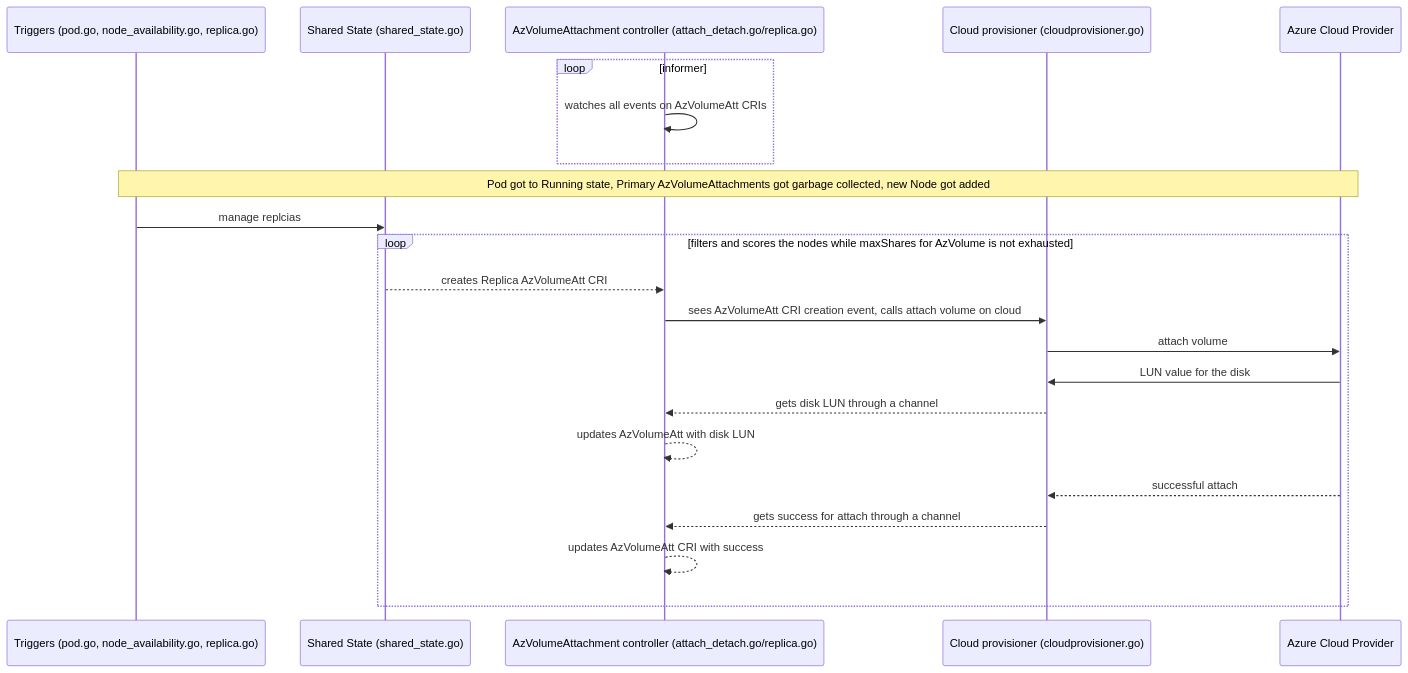
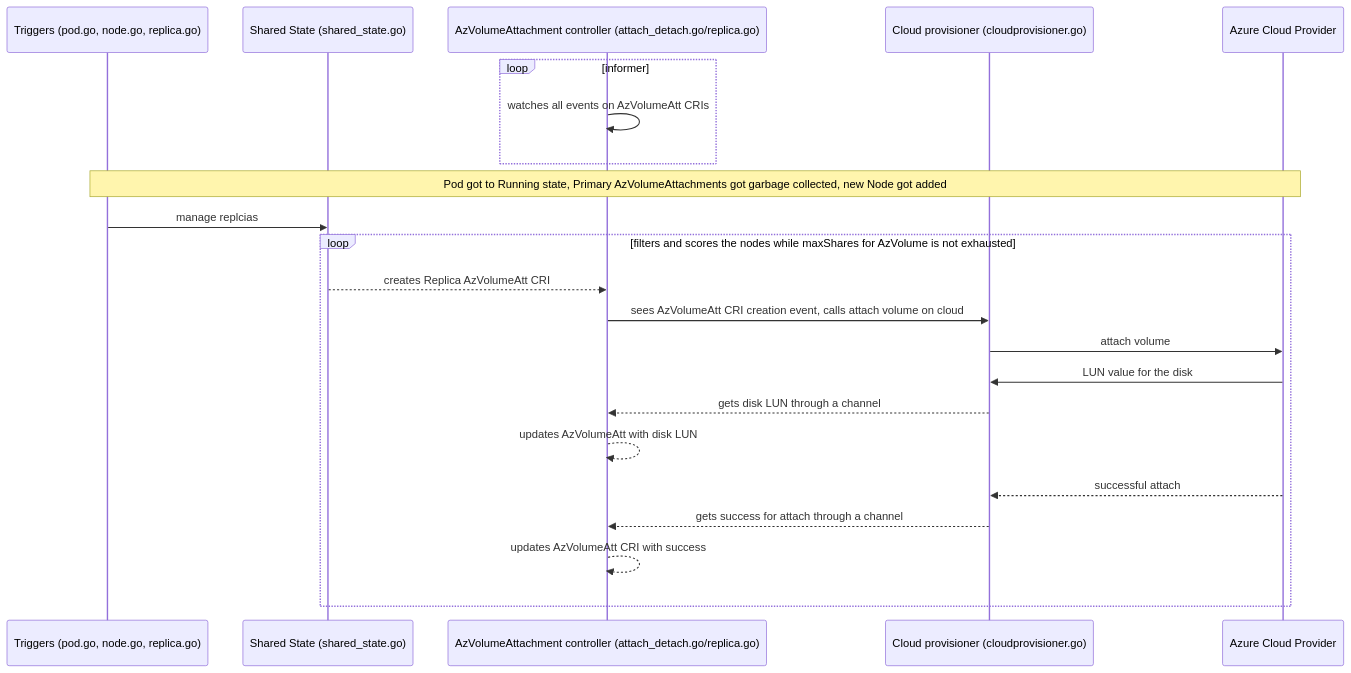
One commit to kubernetes-sigs/azuredisk-csi-driver changed the diagram in docs/azure-disk-v2-driver-design/replica-creation-workflow.md. Above: the diagram before and after it, drawn with Mermaid.

Commit message:
Update node_availability.go to node.go
node_availability.go  is refactored to node.go

````diff
--- a/docs/azure-disk-v2-driver-design/replica-creation-workflow.md
+++ b/docs/azure-disk-v2-driver-design/replica-creation-workflow.md
@@ -3,37 +3,37 @@
 ```mermaid
     sequenceDiagram      
     %% setup  
-        participant trigger as Triggers (pod.go, node_availability.go, replica.go) 
+        participant trigger as Triggers (pod.go, node.go, replica.go) 
         participant sharedState as Shared State (shared_state.go)
         participant azVolAttController as AzVolumeAttachment controller (attach_detach.go/replica.go)
         participant cloudProvisioner as Cloud provisioner (cloudprovisioner.go)
         participant azure as Azure Cloud Provider
             
         loop informer
             azVolAttController->>azVolAttController: watches all events on AzVolumeAtt CRIs
         end
         Note over trigger, azure: Pod got to Running state, Primary AzVolumeAttachments got garbage collected, new Node got added   
 		
     %% request
         trigger ->> sharedState: manage replcias      
         loop  filters and scores the nodes while maxShares for AzVolume is not exhausted   
             sharedState -->> azVolAttController: creates Replica AzVolumeAtt CRI 
              
             azVolAttController ->> cloudProvisioner: sees AzVolumeAtt CRI creation event, calls attach volume on cloud
                     
             cloudProvisioner ->> azure: attach volume
                     
         %% response
             azure ->> cloudProvisioner: LUN value for the disk
                     
             cloudProvisioner -->> azVolAttController: gets disk LUN through a channel
     
             azVolAttController -->> azVolAttController: updates AzVolumeAtt with disk LUN     
 
             azure -->> cloudProvisioner: successful attach           
 
             cloudProvisioner -->> azVolAttController: gets success for attach through a channel
 
             azVolAttController -->> azVolAttController: updates AzVolumeAtt CRI with success
     end
 ```
````
